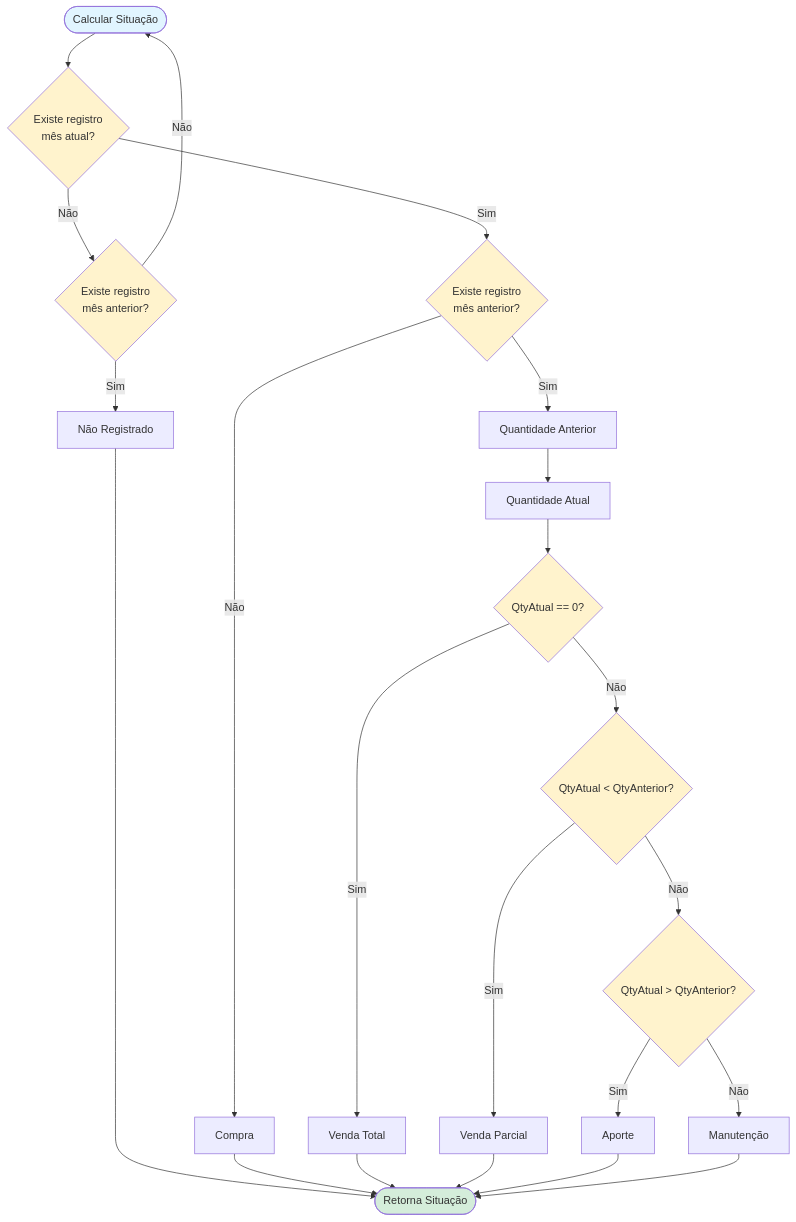
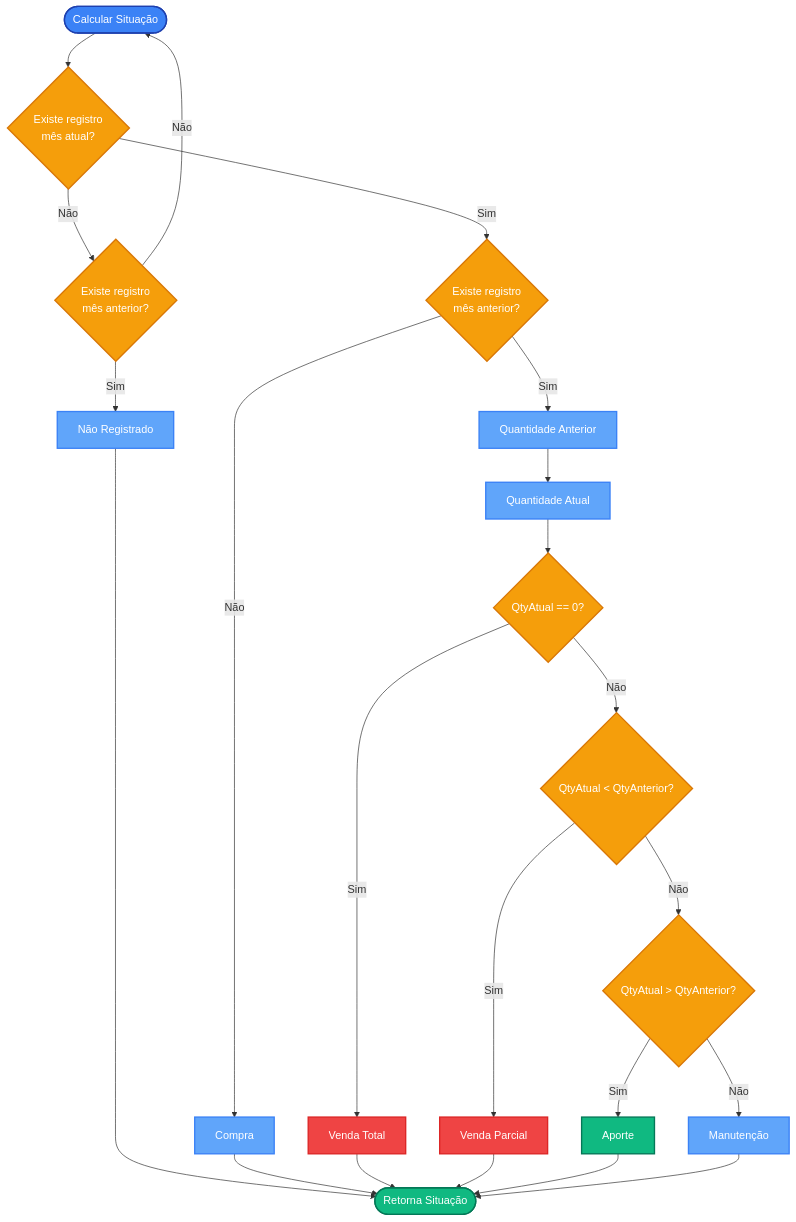
The first of 5 diagrams in docs/RF - Tela de Consulta de Posicionamento do Ativo no Periodo.md (enirsilvaferraz/Investments-KMP), drawn with Mermaid before and after one commit. The commit also changed other lines of this file, not shown here.

First line of the commit message:
docs: Update mermaid diagram styles in asset positioning doc

````diff
--- a/docs/RF - Tela de Consulta de Posicionamento do Ativo no Periodo.md
+++ b/docs/RF - Tela de Consulta de Posicionamento do Ativo no Periodo.md
@@ -89,40 +89,48 @@
 ```mermaid
 flowchart TD
     Start([Calcular Situação]) --> HasCurrent{Existe registro<br/>mês atual?}
     
     HasCurrent -->|Não| HasPrevious{Existe registro<br/>mês anterior?}
     HasPrevious -->|Sim| NotRegistered["Não Registrado"]
     HasPrevious -->|Não| Start
     
     HasCurrent -->|Sim| HasPrevious2{Existe registro<br/>mês anterior?}
     HasPrevious2 -->|Não| Buy["Compra"]
     
     HasPrevious2 -->|Sim| QtyPrev[Quantidade Anterior]
     QtyPrev --> QtyCurrent[Quantidade Atual]
     
     QtyCurrent --> Check{QtyAtual == 0?}
     Check -->|Sim| SellTotal["Venda Total"]
     
     Check -->|Não| Compare{QtyAtual < QtyAnterior?}
     Compare -->|Sim| SellPartial["Venda Parcial"]
     
     Compare -->|Não| Compare2{QtyAtual > QtyAnterior?}
     Compare2 -->|Sim| Contribution["Aporte"]
     Compare2 -->|Não| Maintenance["Manutenção"]
     
     NotRegistered --> End([Retorna Situação])
     Buy --> End
     SellTotal --> End
     SellPartial --> End
     Contribution --> End
     Maintenance --> End
     
-    style Start fill:#e1f5ff
-    style End fill:#d4edda
-    style HasCurrent fill:#fff3cd
-    style HasPrevious fill:#fff3cd
-    style HasPrevious2 fill:#fff3cd
-    style Check fill:#fff3cd
-    style Compare fill:#fff3cd
-    style Compare2 fill:#fff3cd
+    style Start fill:#3b82f6,stroke:#1e40af,stroke-width:2px,color:#fff
+    style End fill:#10b981,stroke:#047857,stroke-width:2px,color:#fff
+    style HasCurrent fill:#f59e0b,stroke:#d97706,stroke-width:2px,color:#fff
+    style HasPrevious fill:#f59e0b,stroke:#d97706,stroke-width:2px,color:#fff
+    style HasPrevious2 fill:#f59e0b,stroke:#d97706,stroke-width:2px,color:#fff
+    style Check fill:#f59e0b,stroke:#d97706,stroke-width:2px,color:#fff
+    style Compare fill:#f59e0b,stroke:#d97706,stroke-width:2px,color:#fff
+    style Compare2 fill:#f59e0b,stroke:#d97706,stroke-width:2px,color:#fff
+    style NotRegistered fill:#60a5fa,stroke:#3b82f6,stroke-width:2px,color:#fff
+    style Buy fill:#60a5fa,stroke:#3b82f6,stroke-width:2px,color:#fff
+    style SellTotal fill:#ef4444,stroke:#dc2626,stroke-width:2px,color:#fff
+    style SellPartial fill:#ef4444,stroke:#dc2626,stroke-width:2px,color:#fff
+    style Contribution fill:#10b981,stroke:#047857,stroke-width:2px,color:#fff
+    style Maintenance fill:#60a5fa,stroke:#3b82f6,stroke-width:2px,color:#fff
+    style QtyPrev fill:#60a5fa,stroke:#3b82f6,stroke-width:2px,color:#fff
+    style QtyCurrent fill:#60a5fa,stroke:#3b82f6,stroke-width:2px,color:#fff
 ```
````
